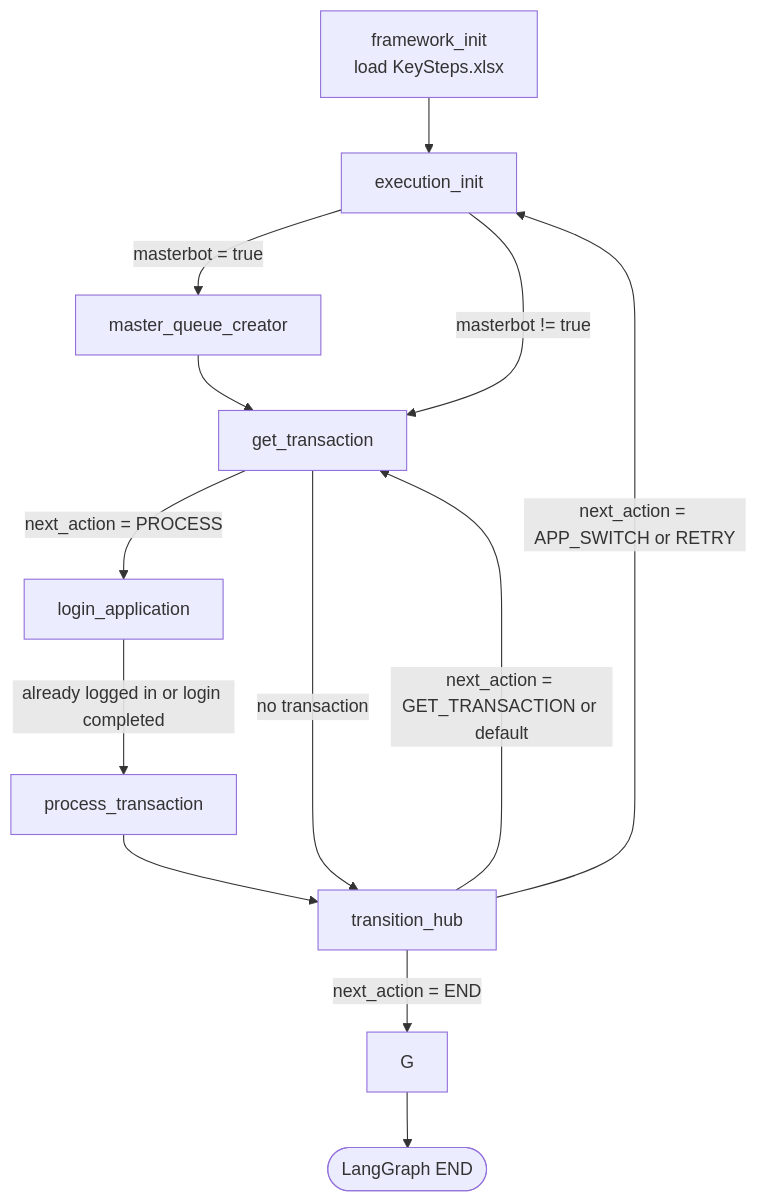
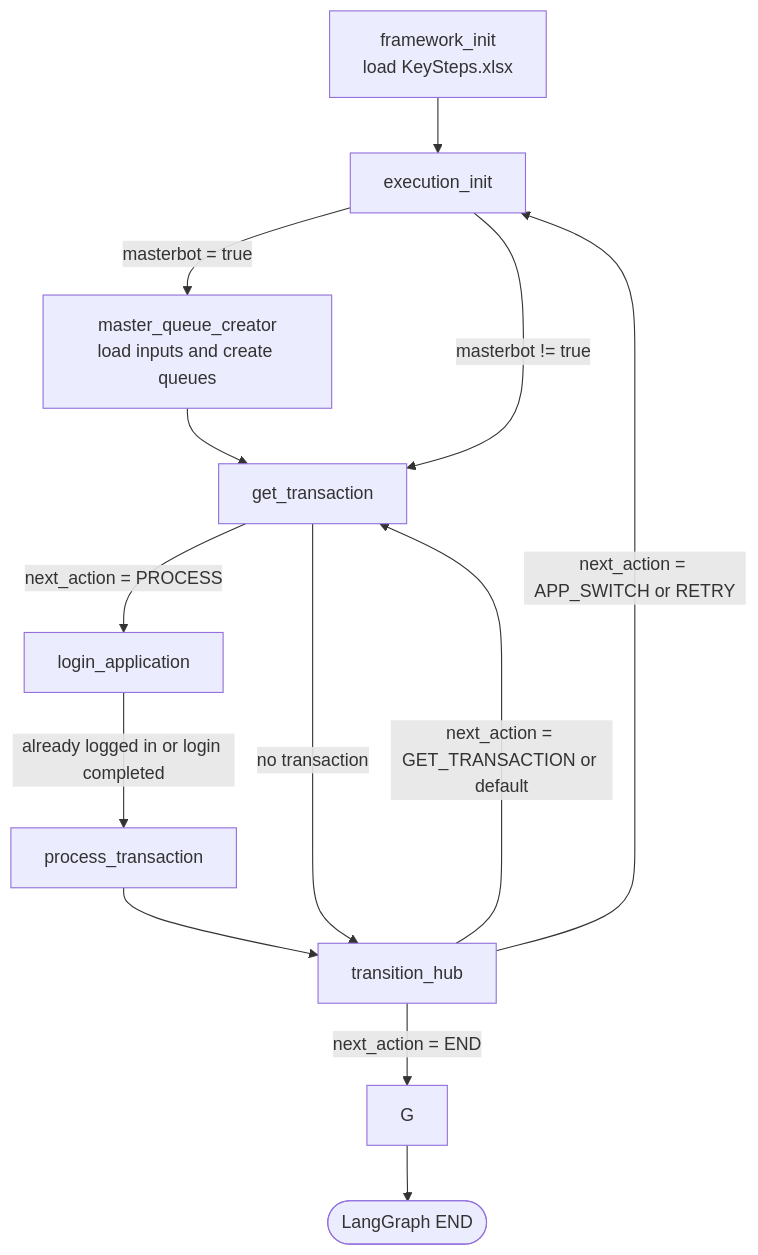
The first of 2 diagrams in docs/graph-flowchart.md (Venkateswaran-Krishnan/OrqFlow_V0.1), drawn with Mermaid before and after one commit. The commit also changed other lines of this file and 8 other files, not shown here.

Commit message:
Create queues from distinct process applications

````diff
--- a/docs/graph-flowchart.md
+++ b/docs/graph-flowchart.md
@@ -3,21 +3,21 @@
 ```mermaid
 flowchart TD
     A[framework_init<br/>load KeySteps.xlsx] --> B[execution_init]
 
-    B -->|masterbot = true| C[master_queue_creator]
+    B -->|masterbot = true| C[master_queue_creator<br/>load inputs and create queues]
     B -->|masterbot != true| D[get_transaction]
 
     C --> D
 
     D -->|next_action = PROCESS| E[login_application]
     D -->|no transaction| F[transition_hub]
 
     E -->|already logged in or login completed| I[process_transaction]
     I --> F[transition_hub]
 
     F -->|next_action = APP_SWITCH or RETRY| B
     F -->|next_action = GET_TRANSACTION or default| D
     F -->|next_action = END| G
 
     G --> H([LangGraph END])
 ```
````
